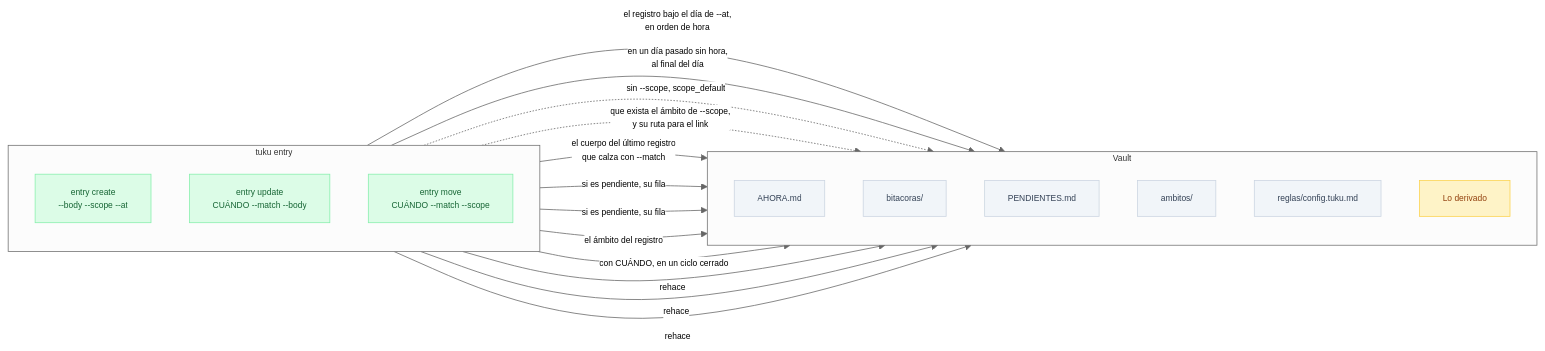
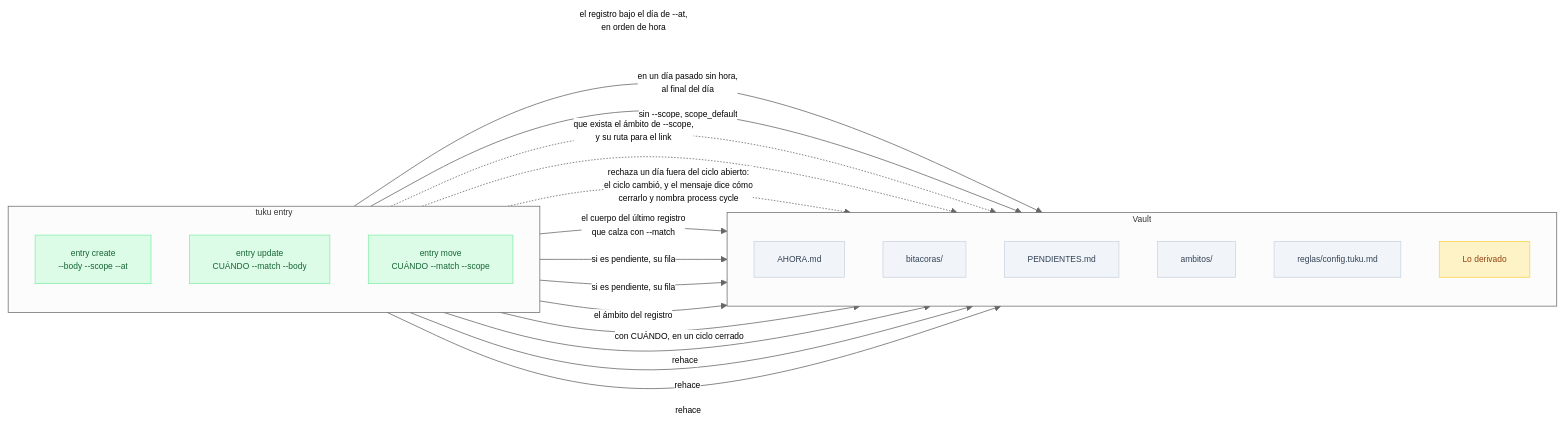
Before and after one commit to pewma-ai/tuku: the third of 8 diagrams in spec/tuku.md, drawn with Mermaid. The commit also changed other lines of this file and 13 other files, not shown here.

````diff
--- a/spec/tuku.md
+++ b/spec/tuku.md
@@ -108,36 +109,37 @@
 ```mermaid
 %%{init: {'flowchart': {'useMaxWidth': true}, 'theme': 'neutral', 'themeVariables': {'fontSize': '11px'}}}%%
 flowchart LR
     subgraph CMD["tuku entry"]
         direction TB
         EC["entry create<br/>--body --scope --at"]
         EU["entry update<br/>CUÁNDO --match --body"]
         EM["entry move<br/>CUÁNDO --match --scope"]
     end
     subgraph VAULT["Vault"]
         direction TB
         AH["AHORA.md"]
         BI["bitacoras/"]
         PE["PENDIENTES.md"]
         AM["ambitos/"]
         CF["reglas/config.tuku.md"]
         DER["Lo derivado"]
     end
 
     EC -->|"el registro bajo el día de --at,<br/>en orden de hora"| AH
     EC -->|"en un día pasado sin hora,<br/>al final del día"| AH
     EC -.->|"sin --scope, scope_default"| CF
     EC -.->|"que exista el ámbito de --scope,<br/>y su ruta para el link"| AM
+    EC -.->|"rechaza un día fuera del ciclo abierto:<br/>el ciclo cambió, y el mensaje dice cómo<br/>cerrarlo y nombra process cycle"| AH
     EU -->|"el cuerpo del último registro<br/>que calza con --match"| AH
     EU & EM -->|"si es pendiente, su fila"| PE
     EM -->|"el ámbito del registro"| AH
     EM -->|"con CUÁNDO, en un ciclo cerrado"| BI
     EC & EU & EM -->|"rehace"| DER
 
     classDef escribe fill:#dcfce7,color:#166534,stroke:#86efac
     classDef archivo fill:#f1f5f9,color:#334155,stroke:#cbd5e1
     classDef derivado fill:#fef3c7,color:#92400e,stroke:#fcd34d
     class EC,EU,EM escribe
     class AH,BI,PE,AM,CF archivo
     class DER derivado
 ```
````
